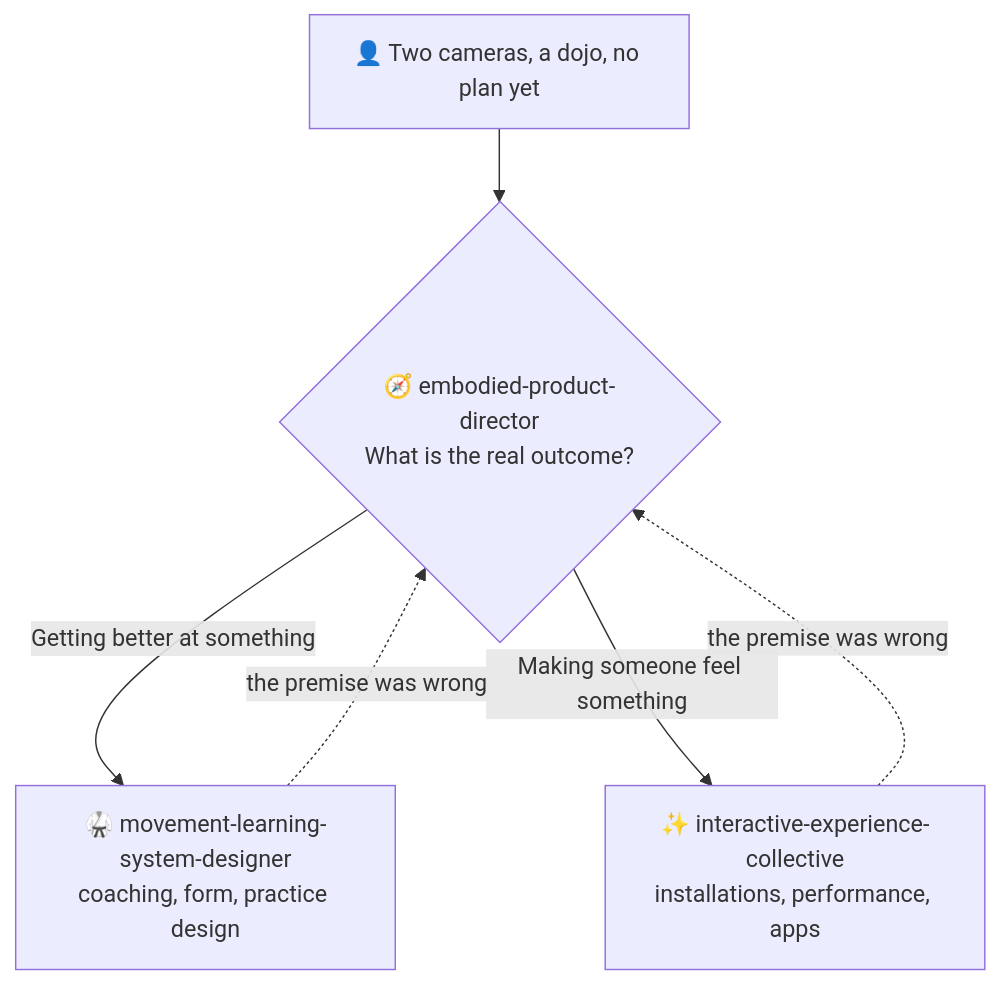
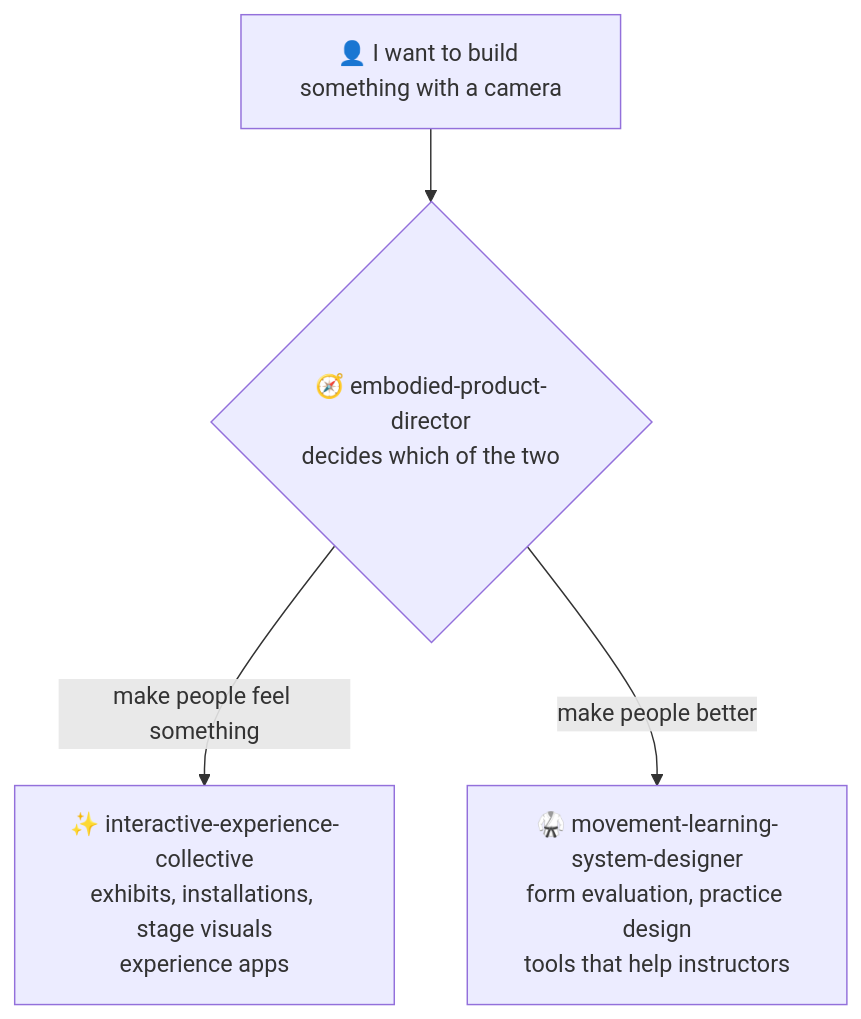
The diagram in README.md (takaoumehara/interactive-experience-skills), drawn with Mermaid before and after one commit. The commit also changed other lines of this file and 19 other files, not shown here.

````diff
--- a/README.md
+++ b/README.md
@@ -25,8 +41,6 @@
 ```mermaid
 flowchart TD
-    U["👤 Two cameras, a dojo, no plan yet"] --> D{"🧭 embodied-product-director<br/>What is the real outcome?"}
-    D -->|"Getting better at something"| L["🥋 movement-learning-system-designer<br/>coaching, form, practice design"]
-    D -->|"Making someone feel something"| E["✨ interactive-experience-collective<br/>installations, performance, apps"]
-    L -.->|"the premise was wrong"| D
-    E -.->|"the premise was wrong"| D
+    Q["👤 I want to build something with a camera"] --> D{"🧭 embodied-product-director<br/>decides which of the two"}
+    D -->|"make people feel something"| E["✨ interactive-experience-collective<br/>exhibits, installations, stage visuals<br/>experience apps"]
+    D -->|"make people better"| L["🥋 movement-learning-system-designer<br/>form evaluation, practice design<br/>tools that help instructors"]
 ```
````
